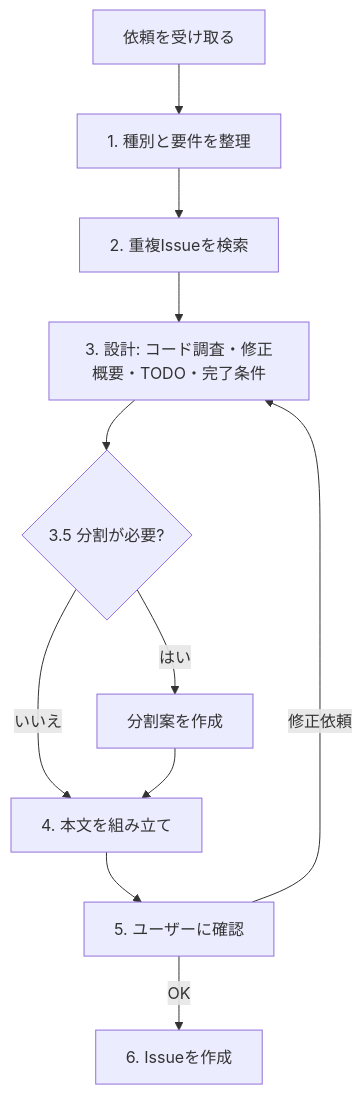
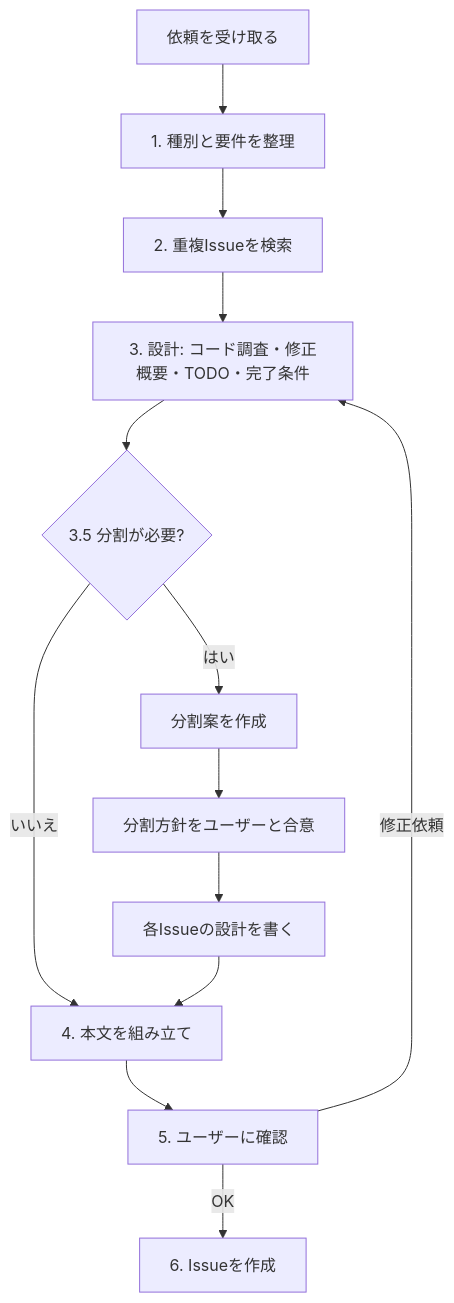
One commit to akinaritakaishi/sample_todo changed the diagram in .claude/skills/issue-create/SKILL.md. Above: the diagram before and after it, drawn with Mermaid. The commit also changed other lines of this file, not shown here.

````diff
--- a/.claude/skills/issue-create/SKILL.md
+++ b/.claude/skills/issue-create/SKILL.md
@@ -24,13 +24,15 @@
 ```mermaid
 flowchart TD
     A[依頼を受け取る] --> B[1. 種別と要件を整理]
     B --> C[2. 重複Issueを検索]
     C --> D[3. 設計: コード調査・修正概要・TODO・完了条件]
     D --> E{3.5 分割が必要?}
     E -- はい --> F[分割案を作成]
+    F --> F2[分割方針をユーザーと合意]
+    F2 --> F3[各Issueの設計を書く]
     E -- いいえ --> G[4. 本文を組み立て]
-    F --> G
+    F3 --> G
     G --> H[5. ユーザーに確認]
     H -- 修正依頼 --> D
     H -- OK --> I[6. Issueを作成]
 ```
````
